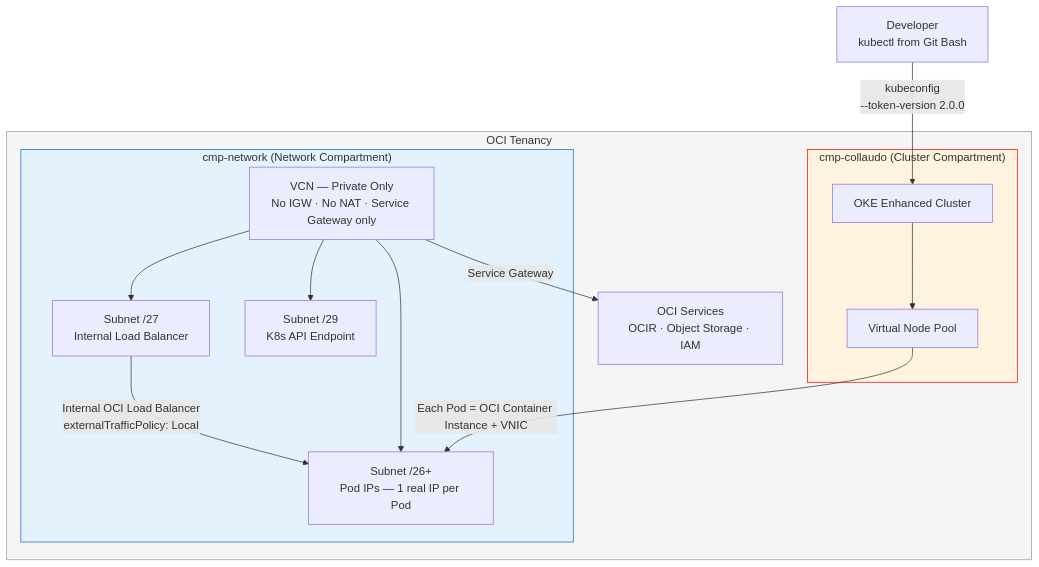
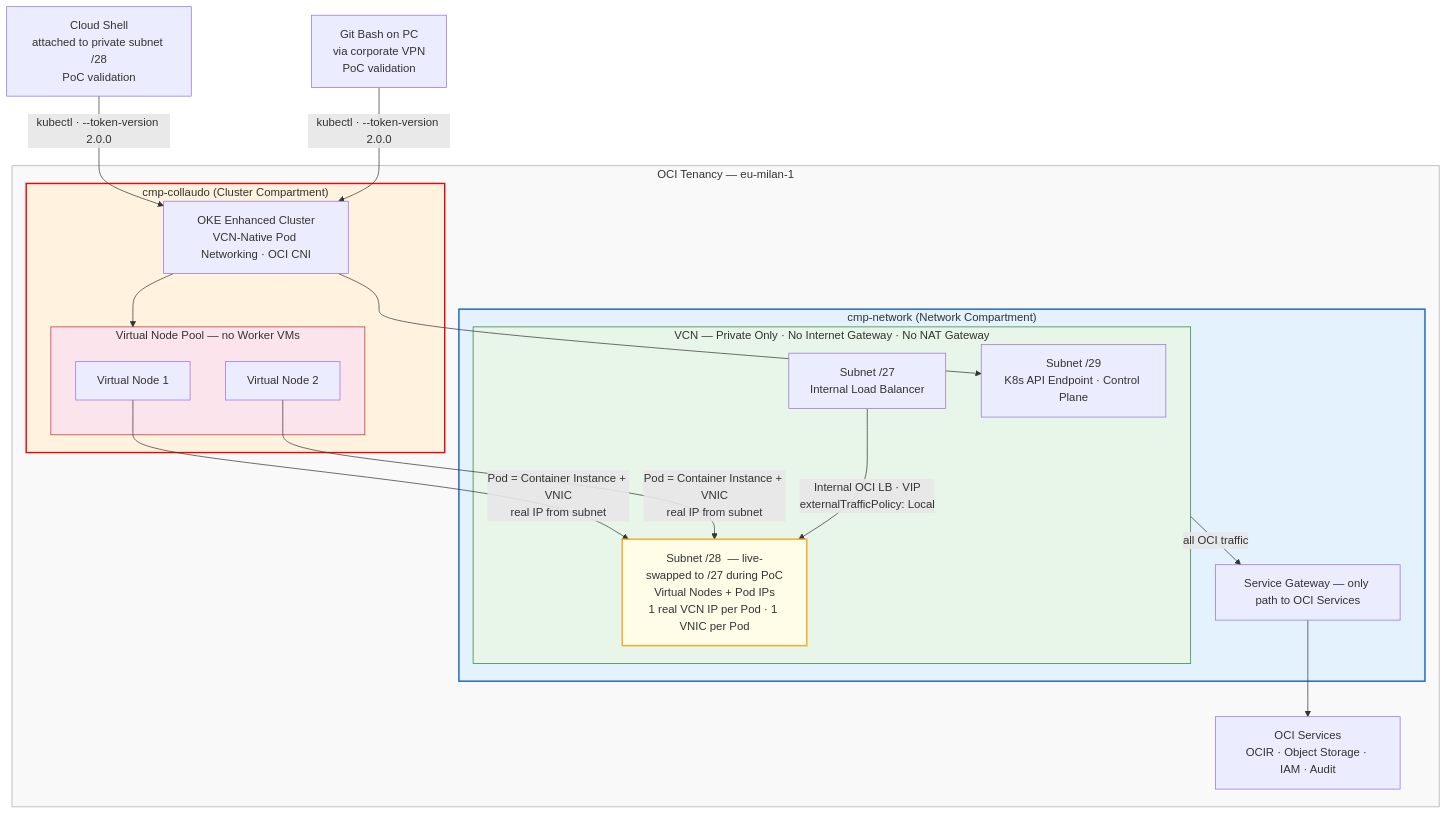
One commit to alexmocciaoci/oke-virtual-nodepool-deep-dive changed the diagram in README.md. Above: the diagram before and after it, drawn with Mermaid. The commit also changed other lines of this file, not shown here.

````diff
--- a/README.md
+++ b/README.md
@@ -14,34 +15,46 @@
 ```mermaid
 graph TD
-    subgraph TENANCY["OCI Tenancy"]
 
-        subgraph CMP_APP["cmp-collaudo (Cluster Compartment)"]
-            CLUSTER["OKE Enhanced Cluster"]
-            VNP["Virtual Node Pool"]
+    subgraph TENANCY["OCI Tenancy — eu-milan-1"]
+
+        subgraph CMP_NET["cmp-network  (Network Compartment)"]
+            subgraph VCN["VCN — Private Only · No Internet Gateway · No NAT Gateway"]
+                API_SUB["Subnet /29\nK8s API Endpoint · Control Plane"]
+                LB_SUB["Subnet /27\nInternal Load Balancer"]
+                POD_SUB["Subnet /28  — live-swapped to /27 during PoC\nVirtual Nodes + Pod IPs\n1 real VCN IP per Pod · 1 VNIC per Pod"]
+            end
+            SGW["Service Gateway — only path to OCI Services"]
+            VCN -->|"all OCI traffic"| SGW
+        end
+
+        subgraph CMP_APP["cmp-collaudo  (Cluster Compartment)"]
+            CLUSTER["OKE Enhanced Cluster\nVCN-Native Pod Networking · OCI CNI"]
+            subgraph VNP["Virtual Node Pool  — no Worker VMs"]
+                VN1["Virtual Node 1"]
+                VN2["Virtual Node 2"]
+            end
             CLUSTER --> VNP
         end
 
-        subgraph CMP_NET["cmp-network (Network Compartment)"]
-            VCN["VCN — Private Only\nNo IGW · No NAT · Service Gateway only"]
-            LB_SUB["Subnet /27\nInternal Load Balancer"]
-            API_SUB["Subnet /29\nK8s API Endpoint"]
-            POD_SUB["Subnet /26+\nPod IPs — 1 real IP per Pod"]
-            VCN --> LB_SUB
-            VCN --> API_SUB
-            VCN --> POD_SUB
-        end
+        OCI_SVC["OCI Services\nOCIR · Object Storage · IAM · Audit"]
+        SGW --> OCI_SVC
 
-        VNP -->|"Each Pod = OCI Container Instance + VNIC"| POD_SUB
-        LB_SUB -->|"Internal OCI Load Balancer\nexternalTrafficPolicy: Local"| POD_SUB
-
-        OCI_SVC["OCI Services\nOCIR · Object Storage · IAM"]
-        VCN -->|"Service Gateway"| OCI_SVC
+        CLUSTER --> API_SUB
+        VN1 -->|"Pod = Container Instance + VNIC\nreal IP from subnet"| POD_SUB
+        VN2 -->|"Pod = Container Instance + VNIC\nreal IP from subnet"| POD_SUB
+        LB_SUB -->|"Internal OCI LB · VIP\nexternalTrafficPolicy: Local"| POD_SUB
     end
 
-    DEV["Developer\nkubectl from Git Bash"]
-    DEV -->|"kubeconfig\n--token-version 2.0.0"| CLUSTER
+    CS["Cloud Shell\nattached to private subnet /28\nPoC validation"]
+    DEV["Git Bash on PC\nvia corporate VPN\nPoC validation"]
 
-    style CMP_APP fill:#fff3e0,stroke:#F80000
-    style CMP_NET fill:#e3f2fd,stroke:#1565C0
-    style TENANCY fill:#f5f5f5,stroke:#999
+    CS -->|"kubectl · --token-version 2.0.0"| CLUSTER
+    DEV -->|"kubectl · --token-version 2.0.0"| CLUSTER
+
+    style TENANCY fill:#f9f9f9,stroke:#aaaaaa,stroke-width:1px
+    style CMP_NET  fill:#e3f2fd,stroke:#1565C0,stroke-width:2px
+    style CMP_APP  fill:#fff3e0,stroke:#F80000,stroke-width:2px
+    style VCN      fill:#e8f5e9,stroke:#2e7d32,stroke-width:1px
+    style VNP      fill:#fce4ec,stroke:#c62828,stroke-width:1px
+    style POD_SUB  fill:#fffde7,stroke:#f9a825,stroke-width:2px
 ```
````
